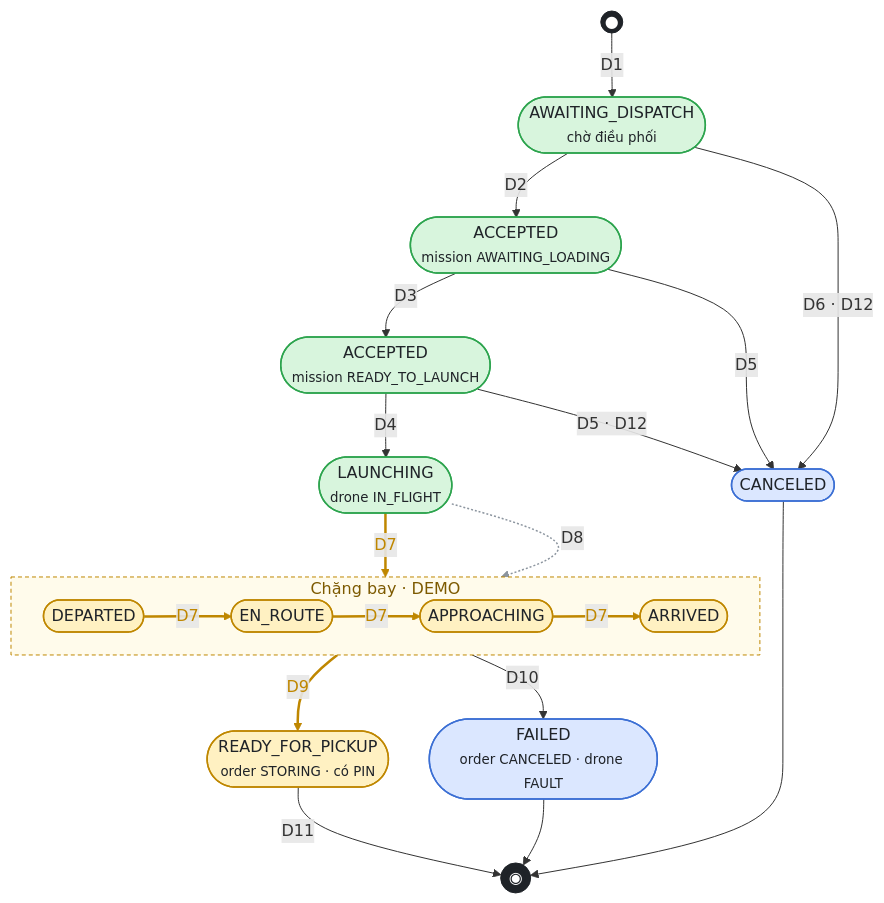
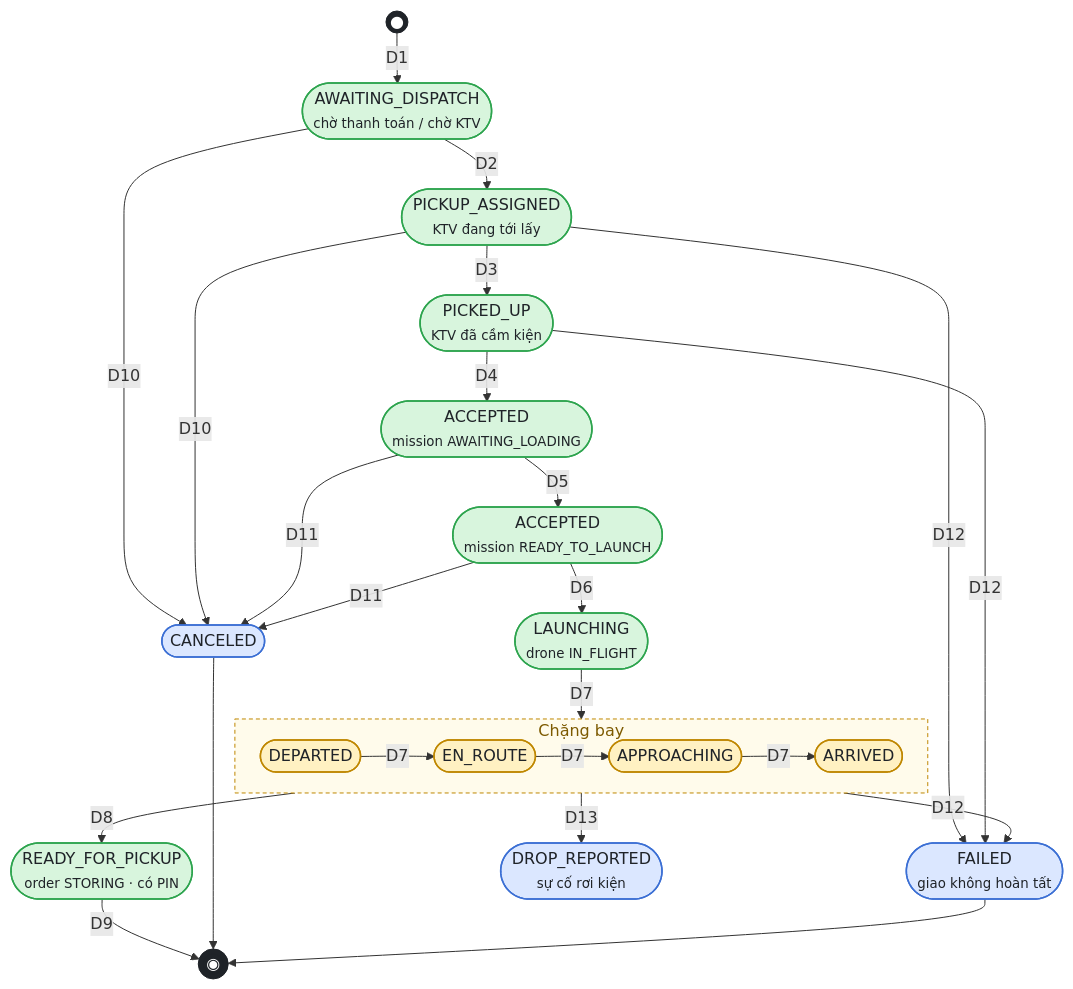
The diagram in diagrams/src/drone-mission.mmd (LockR-Tech/docs), drawn with Mermaid before and after one commit. The commit also changed 3 other files, not shown here.

First line of the commit message:
docs(diagrams): vẽ lại vòng đời drone và trạng thái đơn theo code

```diff
--- a/diagrams/src/drone-mission.mmd
+++ b/diagrams/src/drone-mission.mmd
@@ -1,58 +1,58 @@
 %% @title Vòng đời giao hàng Drone — deliveryStage & DroneMission
-%% @subtitle Nguồn: <code>order-service/…/DroneOrderMaintenanceService.java</code> · <code>DroneDeliverySimulator.java</code> · <code>OrderService.java:215-253</code> — Luồng 1 — rà soát code 2026-09-25
+%% @subtitle Nguồn: <code>order-service/…/DroneOrderBookingService.java</code> · <code>DronePickupService.java</code> · <code>DroneOrderMaintenanceService.java</code> · <code>DroneMissionProgressService.java</code> · <code>DroneLockerCommunicationService.java</code> — Luồng 1 — rà soát code 2026-11-10 (lấy hàng tận nhà, thả hàng bằng nắp trượt)
 %% @orientation portrait
-%% @legend <span class="sw ok"></span>Chạy thật (STANDARD)
-%% @legend <span class="sw demo"></span>Chỉ đạt được ở DEMO
-%% @legend <span class="sw gap"></span>Cần có — CHƯA code
+%% @legend <span class="sw ok"></span>Đã code (STANDARD)
+%% @legend <span class="sw demo"></span>Đã code, chưa chạy trọn với drone bay thật
 %% @legend <span class="sw end"></span>Kết thúc
-%% @row D1 | ∅ → AWAITING_DISPATCH | <code>POST /api/orders/drone-deliveries</code> | CUSTOMER | giữ ô DRONE ở hai tủ, UNPAID; cam kết không hàng cấm; chặn quá tầm bay / quá số đơn mở / tạm dừng bay
-%% @row D2 | AWAITING_DISPATCH → ACCEPTED | <code>POST /api/drone-technician/drone-orders/{id}/accept</code> | DRONE_TECHNICIAN | PAID · người gửi đã bỏ kiện · drone IDLE · pin đủ ngưỡng · locker ACTIVE · pad OK → khóa DB và giữ drone RESERVED → mission AWAITING_LOADING; chặn mission trùng
-%% @row D3 | ACCEPTED / AWAITING_LOADING → READY_TO_LAUNCH | <code>POST …/{id}/loading-confirmation</code> | đội viên đã nhận | ghi trạm nguồn, người nạp, cân nặng, niêm phong; bắt buộc đúng kiện · cố định · khóa khoang; chặn quá tải; nhả ô DRONE ở tủ gửi
-%% @row D4 | ACCEPTED / READY_TO_LAUNCH → LAUNCHING | <code>POST …/{id}/launch</code> | đội viên đã nhận | bắt buộc hồ sơ nạp; kiểm tra lại RESERVED · active · pin · pad OK; compare-and-set drone IN_FLIGHT
-%% @row D5 | ACCEPTED → CANCELED | <code>POST …/{id}/cancel</code> | đội viên đã nhận | cho phép khi AWAITING_LOADING hoặc READY_TO_LAUNCH; RESERVED → IDLE, mission giữ lại ở CANCELED (lý do, người huỷ, giờ huỷ), nhả ô ở cả hai tủ, báo khách; đơn PAID tạo yêu cầu hoàn tiền (REFUND_PENDING)
-%% @row D6 | AWAITING_DISPATCH → CANCELED | <code>PUT /api/orders/{id}/cancel</code> | CUSTOMER | order và deliveryStage → CANCELED, nhả ô; app không có nút huỷ cho đơn drone; đơn PAID hoàn về ví (REFUNDED)
-%% @row !D7 | LAUNCHING → DEPARTED → … → ARRIVED | <code>DroneDeliverySimulator</code> mỗi 3 giây | hệ thống | chỉ DEMO. Push ở DEPARTED, APPROACHING, ARRIVED; phát vị trí nội suy lên STOMP mỗi giây
-%% @row D8 | LAUNCHING → … → READY_FOR_PICKUP | <code>POST …/{id}/advance</code> | đội viên đã nhận | chỉ STANDARD: xác nhận tay từng chặng (chưa có telemetry, không có vị trí)
-%% @row D9 | ARRIVED → READY_FOR_PICKUP | simulator hoặc <code>…/advance</code> | hệ thống · đội viên | mission DEPOSITED, order STORING, ô nhận OCCUPIED, cấp PIN hạn 24h, drone IDLE; gửi mã cho người nhận khác người đặt
-%% @row D10 | LAUNCHING … ARRIVED → FAILED | <code>POST …/{id}/fail</code> | đội viên đã nhận · ADMIN | order CANCELED + chặng FAILED, mission FAILED, nhả ô nhận, drone → FAULT, hoàn tiền, đội bay trả kiện. DELAYED CHƯA CÓ
-%% @row D12 | → CANCELED (quá hạn chờ) | quét mỗi 5 phút · <code>…/decline-surcharge</code> | hệ thống · CUSTOMER | chưa trả tiền 30 phút; đã trả mà chưa bỏ kiện/chưa tiếp nhận 120 phút; nợ phụ thu 60 phút hoặc khách từ chối. Kiện đã vào hệ thống thì chờ <code>…/parcel-return</code>
-%% @row D11 | READY_FOR_PICKUP → (order COMPLETED) | <code>PUT /api/orders/{id}/complete</code> | người đặt | cần PAID; deliveryStage → COMPLETED theo trạng thái đơn. Mở ô bằng PIN ở kiosk <b>không</b> hoàn tất đơn
-%% @note Theo dõi hành trình: khách <code>GET /api/orders/{id}/drone-delivery</code>, điều phối viên <code>/api/drone-technician/drone-orders/{id}</code>, admin <code>/api/admin/drone-orders/{id}</code> — cùng một read model (lộ trình, mốc giờ, hồ sơ nạp hàng, nhật ký mới nhất trước), client tự làm mới 3–5 giây; bản đồ live (STOMP) đã tắt bằng feature flag, không service nào phát vị trí.
-%% @note DroneMission.status dùng AWAITING_LOADING/READY_TO_LAUNCH rồi cùng tên chặng bay + DEPOSITED; nhiệm vụ không giao được hàng được <b>giữ lại</b> ở CANCELED (huỷ trước khi phóng) hoặc FAILED (hỏng sau khi phóng) kèm <code>ended_at</code>, <code>end_reason</code>, <code>end_note</code>, <code>failed_stage</code>.
-%%{init: {"flowchart": {"nodeSpacing": 26, "rankSpacing": 40, "padding": 8, "curve": "basis"}}}%%
+%% @row D1 | ∅ → AWAITING_DISPATCH | <code>POST /api/orders/drone-deliveries</code> | CUSTOMER | điểm lấy hàng + tủ nhận; hệ thống chọn tủ gửi; giữ ô DRONE ở tủ nhận; UNPAID
+%% @row D2 | AWAITING_DISPATCH → PICKUP_ASSIGNED | trả tiền ⇒ mời · <code>…/pickup/accept</code> · admin <code>…/pickup/assign</code> | hệ thống · KTV · ADMIN | mời KTV rảnh gần nhất; quá hạn lấy ⇒ thu hồi
+%% @row D3 | PICKUP_ASSIGNED → PICKED_UP | <code>…/pickup/confirm</code> | KTV đã nhận | đúng mã lấy hàng, đúng kiện, ≤ 300 m
+%% @row D4 | PICKED_UP → ACCEPTED | <code>…/drone-orders/{id}/accept</code> | KTV đã lấy kiện | drone IDLE ở tủ gửi ⇒ RESERVED; mission AWAITING_LOADING
+%% @row D5 | AWAITING_LOADING → READY_TO_LAUNCH | <code>…/loading-confirmation</code> | KTV phụ trách | cân, niêm phong, 3 mục kiểm tra; lệch > 50 g ⇒ phụ thu
+%% @row D6 | ACCEPTED → LAUNCHING | <code>…/launch</code> | KTV phụ trách | đã trả đủ, giờ bay, trạm mở, thời tiết, pin ⇒ IN_FLIGHT
+%% @row D7 | LAUNCHING → … → ARRIVED | telemetry · giả lập DEMO · <code>…/advance</code> | hệ thống · KTV | chỉ đi tới; thấy đúng ArUco ⇒ ARRIVED
+%% @row D8 | ARRIVED → READY_FOR_PICKUP | tủ đóng nắp sau khi servo nhả hàng · <code>…/advance</code> | tủ + drone · KTV | order STORING, ô OCCUPIED, PIN 24 giờ, drone IDLE
+%% @row D9 | READY_FOR_PICKUP → COMPLETED | PIN ở kiosk · Bluetooth · <code>…/complete</code> | người nhận | kiosk tự hoàn tất đơn
+%% @row D10 | AWAITING_DISPATCH · PICKUP_ASSIGNED → CANCELED | <code>PUT …/cancel</code> · quét 5 phút | CUSTOMER · hệ thống | trước khi KTV cầm kiện; chưa trả 30 phút
+%% @row D11 | ACCEPTED → CANCELED | <code>…/cancel</code> · <code>…/decline-surcharge</code> | KTV · CUSTOMER | trước khi phóng; "Drone lỗi" ⇒ drone FAULT
+%% @row D12 | → FAILED | <code>…/pickup/fail</code> · <code>…/fail</code> · quét đơn bị chặn | KTV · ADMIN · hệ thống | giao không hoàn tất, hoàn tiền
+%% @row D13 | chặng bay → DROP_REPORTED | <code>…/{id}/drop-incident</code> | KTV · ADMIN | rơi kiện — sơ đồ riêng
+%% @note Mission: AWAITING_LOADING → READY_TO_LAUNCH → chặng bay → DEPOSITED; giữ lại ở CANCELED / FAILED. Lượt lấy hàng: SEARCHING → OFFERED → ACCEPTED → PICKED_UP. Chi tiết: <code>02-flows/flow-1-drone-delivery.md</code> § 3.
+%%{init: {"flowchart": {"nodeSpacing": 22, "rankSpacing": 26, "padding": 8, "curve": "basis"}}}%%
 flowchart TB
-    S(("●")) -->|D1| AW(["AWAITING_DISPATCH<br/><small>chờ điều phối</small>"])
-    AW -->|D2| ACC(["ACCEPTED<br/><small>mission AWAITING_LOADING</small>"])
-    ACC -->|D3| LOAD(["ACCEPTED<br/><small>mission READY_TO_LAUNCH</small>"])
-    LOAD -->|D4| LAU(["LAUNCHING<br/><small>drone IN_FLIGHT</small>"])
-    ACC -->|D5| CAN(["CANCELED"])
-    LOAD -->|D5 · D12| CAN
-    AW -->|D6 · D12| CAN
-    subgraph FLIGHT["Chặng bay · DEMO"]
+    S(("●")) -->|D1| AW(["AWAITING_DISPATCH<br/><small>chờ thanh toán / chờ KTV</small>"])
+    AW -->|D2| PA(["PICKUP_ASSIGNED<br/><small>KTV đang tới lấy</small>"])
+    PA -->|D3| PU(["PICKED_UP<br/><small>KTV đã cầm kiện</small>"])
+    PU -->|D4| ACC(["ACCEPTED<br/><small>mission AWAITING_LOADING</small>"])
+    ACC -->|D5| LOAD(["ACCEPTED<br/><small>mission READY_TO_LAUNCH</small>"])
+    LOAD -->|D6| LAU(["LAUNCHING<br/><small>drone IN_FLIGHT</small>"])
+    AW -->|D10| CAN(["CANCELED"])
+    PA -->|D10| CAN
+    ACC -->|D11| CAN
+    LOAD -->|D11| CAN
+    subgraph FLIGHT["Chặng bay"]
         direction LR
         DEP(["DEPARTED"]) -->|D7| ENR(["EN_ROUTE"])
         ENR -->|D7| APP(["APPROACHING"])
         APP -->|D7| ARR(["ARRIVED"])
     end
     LAU -->|D7| DEP
-    ARR -->|D9| RFP(["READY_FOR_PICKUP<br/><small>order STORING · có PIN</small>"])
-    LAU -.->|D8| DEP
-    FLIGHT -->|D10| FAIL(["FAILED<br/><small>order CANCELED · drone FAULT</small>"])
-    RFP -->|D11| E((("◉")))
+    ARR -->|D8| RFP(["READY_FOR_PICKUP<br/><small>order STORING · có PIN</small>"])
+    PA -->|D12| FAIL(["FAILED<br/><small>giao không hoàn tất</small>"])
+    PU -->|D12| FAIL
+    FLIGHT -->|D12| FAIL
+    FLIGHT -->|D13| DROP(["DROP_REPORTED<br/><small>sự cố rơi kiện</small>"])
+    RFP -->|D9| E((("◉")))
     CAN --> E
     FAIL --> E
 
     classDef ok fill:#d8f5dd,stroke:#2da44e,stroke-width:1.5px,color:#1f2328
     classDef demo fill:#fff1c2,stroke:#bf8700,stroke-width:1.5px,color:#1f2328
-    classDef gap fill:#f6f8fa,stroke:#8c959f,stroke-width:1.5px,stroke-dasharray:5 4,color:#57606a
     classDef fin fill:#dbe7ff,stroke:#3b6fd4,stroke-width:1.5px,color:#1f2328
     classDef term fill:#1f2328,stroke:#1f2328,color:#ffffff
-    class AW,ACC,LOAD,LAU ok
-    class DEP,ENR,APP,ARR,RFP demo
-    class CAN,FAIL fin
+    class AW,PA,PU,ACC,LOAD,LAU,RFP ok
+    class DEP,ENR,APP,ARR demo
+    class CAN,FAIL,DROP fin
     class S,E term
 
     style FLIGHT fill:#fffbeb,stroke:#bf8700,stroke-dasharray:4 3,color:#7d5a00
-
-    linkStyle 12 stroke:#8c959f,stroke-width:1.5px
-    linkStyle 7,8,9,10,11 stroke:#bf8700,stroke-width:2.5px,color:#bf8700
```
